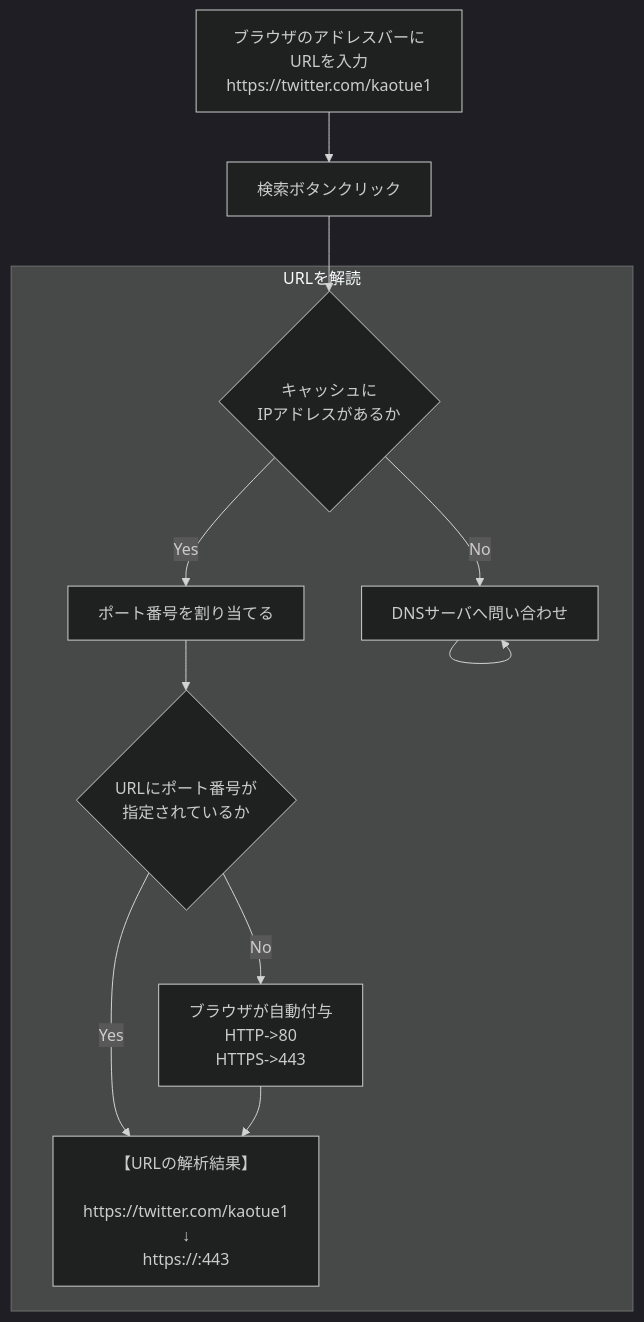
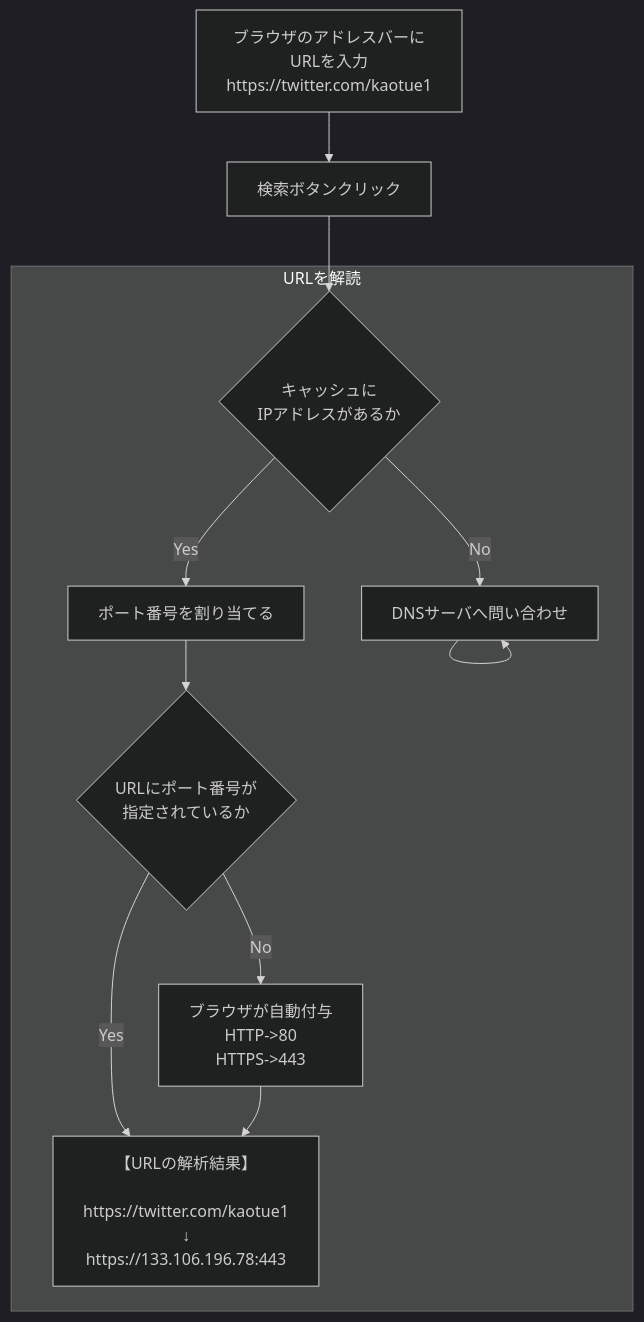
The diagram in doc/internet.md (kaotue3340/memo), drawn with Mermaid (dark theme) before and after one commit.

````diff
--- a/doc/internet.md
+++ b/doc/internet.md
@@ -11,13 +11,13 @@
 ```mermaid
 flowchart TD
   A1["ブラウザのアドレスバーにURLを入力\nhttps://twitter.com/kaotue1"]-->
   A2["検索ボタンクリック"]-->B1
 　subgraph URLを解読
   B1{"キャッシュに\nIPアドレスがあるか"} --> |Yes| B2[OK]
   B1 --> |No| B9[DNSサーバへ問い合わせ] --> B9
   B2["ポート番号を割り当てる"] -->
   B3{"URLにポート番号が\n指定されているか"} --> |Yes| B4
   B3 --> |No| B99["ブラウザが自動付与\nHTTP->80\nHTTPS->443"] --> B4
-  B4["【URLの解析結果】\n\nhttps://twitter.com/kaotue1\n↓\nhttps://:443"]
+  B4["【URLの解析結果】\n\nhttps://twitter.com/kaotue1\n↓\nhttps://133.106.196.78:443"]
   end
 ```
````
